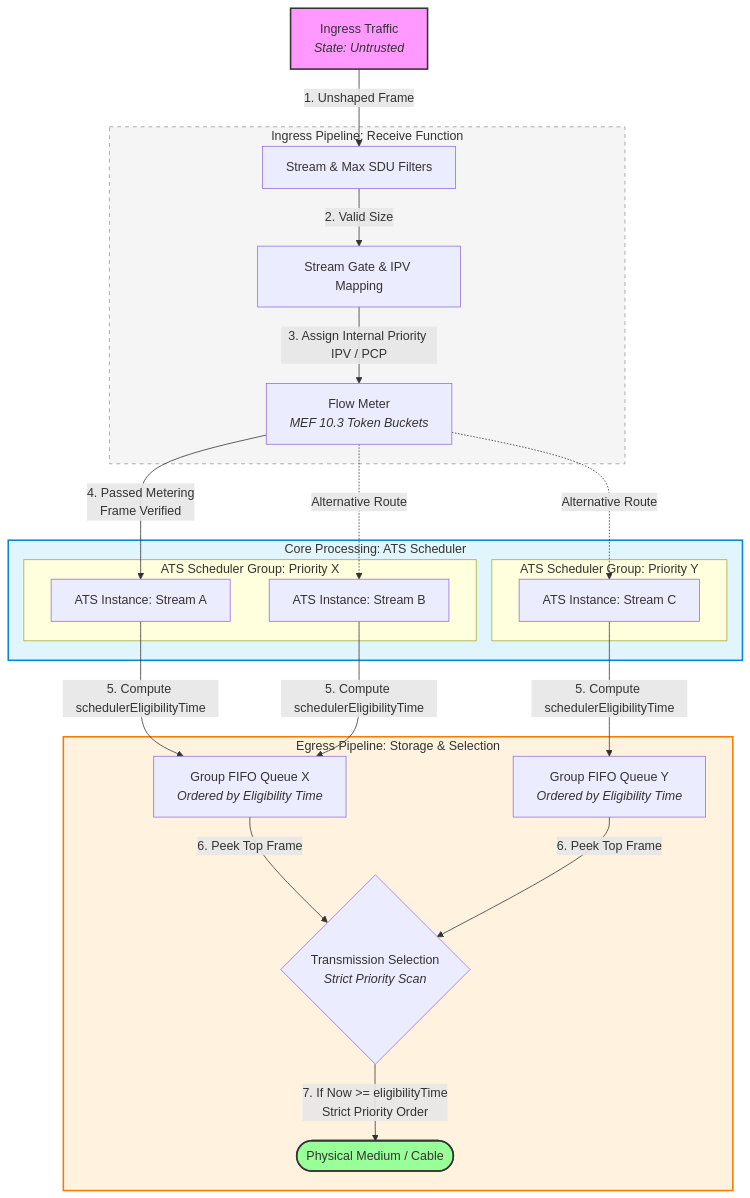
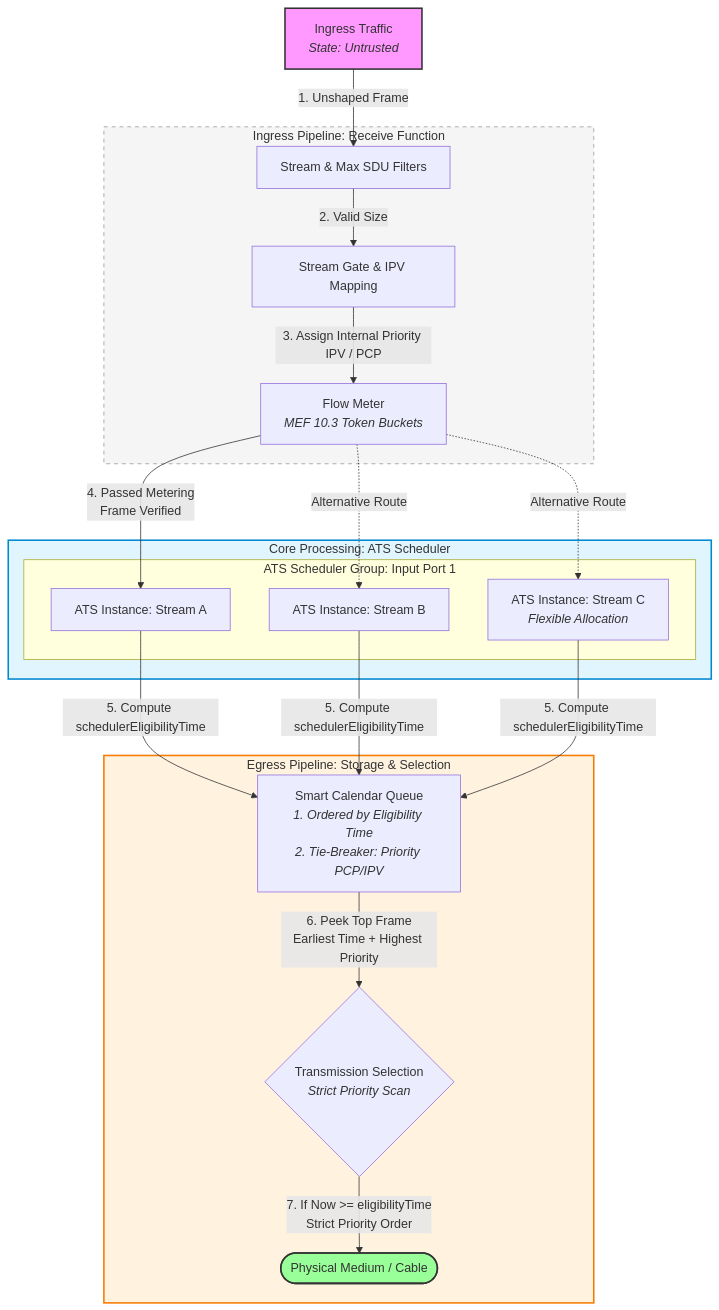
Before and after one commit to athos0x10/ns3-tsn-ats: the first of 2 diagrams in docs/03-ats-design.md, drawn with Mermaid. The commit also changed other lines of this file, not shown here.

````diff
--- a/docs/03-ats-design.md
+++ b/docs/03-ats-design.md
@@ -20,53 +19,49 @@
 ```mermaid
 graph TD
     %% Nodes Definition
     Ingress[Ingress Traffic<br><i>State: Untrusted</i>]
     
     subgraph ReceivePipeline[Ingress Pipeline: Receive Function]
         Filter[Stream & Max SDU Filters]
         Gate[Stream Gate & IPV Mapping]
         Meter[Flow Meter<br><i>MEF 10.3 Token Buckets</i>]
     end
     
     subgraph AtsCore[Core Processing: ATS Scheduler]
-        subgraph Group1[ATS Scheduler Group: Priority X]
+        subgraph GroupInput1[ATS Scheduler Group: Input Port 1]
             Inst1[ATS Instance: Stream A]
             Inst2[ATS Instance: Stream B]
-        end
-        subgraph Group2[ATS Scheduler Group: Priority Y]
-            Inst3[ATS Instance: Stream C]
+            Inst3[ATS Instance: Stream C<br><i>Flexible Allocation</i>]
         end
     end
 
     subgraph EgressPipeline[Egress Pipeline: Storage & Selection]
-        Fifo1[Group FIFO Queue X<br><i>Ordered by Eligibility Time</i>]
-        Fifo2[Group FIFO Queue Y<br><i>Ordered by Eligibility Time</i>]
+        SmartQueue[Smart Calendar Queue<br><i>1. Ordered by Eligibility Time<br>2. Tie-Breaker: Priority PCP/IPV</i>]
         TxSelect{Transmission Selection<br><i>Strict Priority Scan</i>}
         Cable([Physical Medium / Cable])
     end
 
     %% Flow Connections
     Ingress -->|1. Unshaped Frame| Filter
     Filter -->|2. Valid Size| Gate
     Gate -->|3. Assign Internal Priority IPV / PCP| Meter
     
     Meter -->|4. Passed Metering<br>Frame Verified| Inst1
     Meter -.->|Alternative Route| Inst2
     Meter -.->|Alternative Route| Inst3
     
-    Inst1 -->|5. Compute schedulerEligibilityTime| Fifo1
-    Inst2 -->|5. Compute schedulerEligibilityTime| Fifo1
-    Inst3 -->|5. Compute schedulerEligibilityTime| Fifo2
+    Inst1 -->|5. Compute schedulerEligibilityTime| SmartQueue
+    Inst2 -->|5. Compute schedulerEligibilityTime| SmartQueue
+    Inst3 -->|5. Compute schedulerEligibilityTime| SmartQueue
     
-    Fifo1 -->|6. Peek Top Frame| TxSelect
-    Fifo2 -->|6. Peek Top Frame| TxSelect
+    SmartQueue -->|6. Peek Top Frame<br>Earliest Time + Highest Priority| TxSelect
     
     TxSelect -->|7. If Now >= eligibilityTime<br>Strict Priority Order| Cable
 
-    %% Style / Color customization (Optional but nice in Markdown)
+    %% Style / Color customization
     style Ingress fill:#f9f,stroke:#333,stroke-width:2px
     style Cable fill:#9f9,stroke:#333,stroke-width:2px
     style ReceivePipeline fill:#f5f5f5,stroke:#999,stroke-dasharray: 5 5
     style AtsCore fill:#e1f5fe,stroke:#0288d1,stroke-width:2px
     style EgressPipeline fill:#fff3e0,stroke:#f57c00,stroke-width:2px
 ```
````
